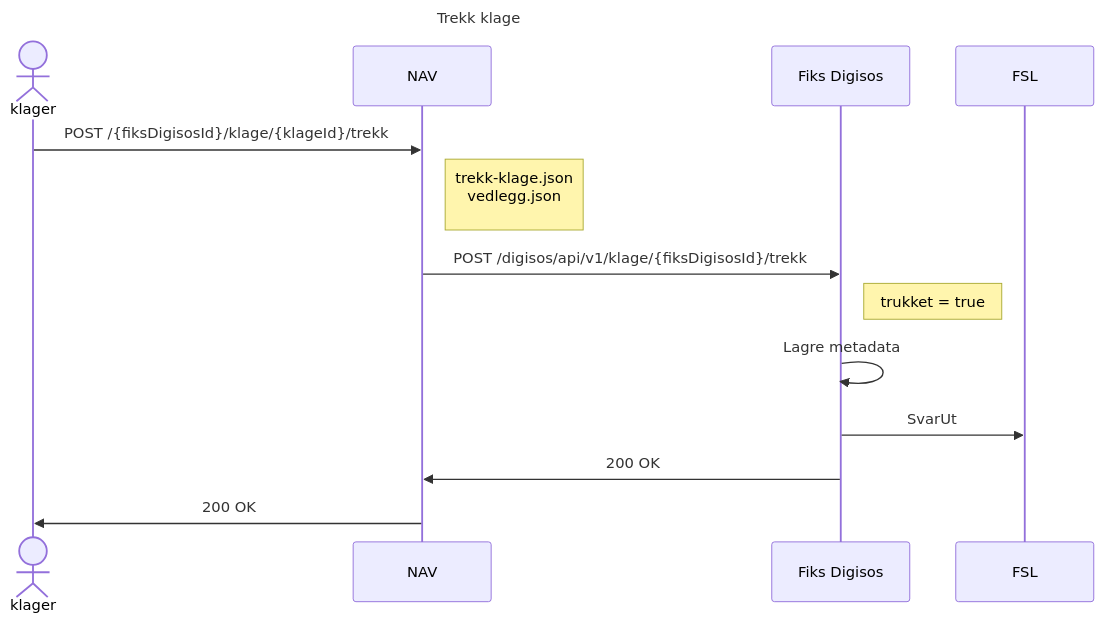
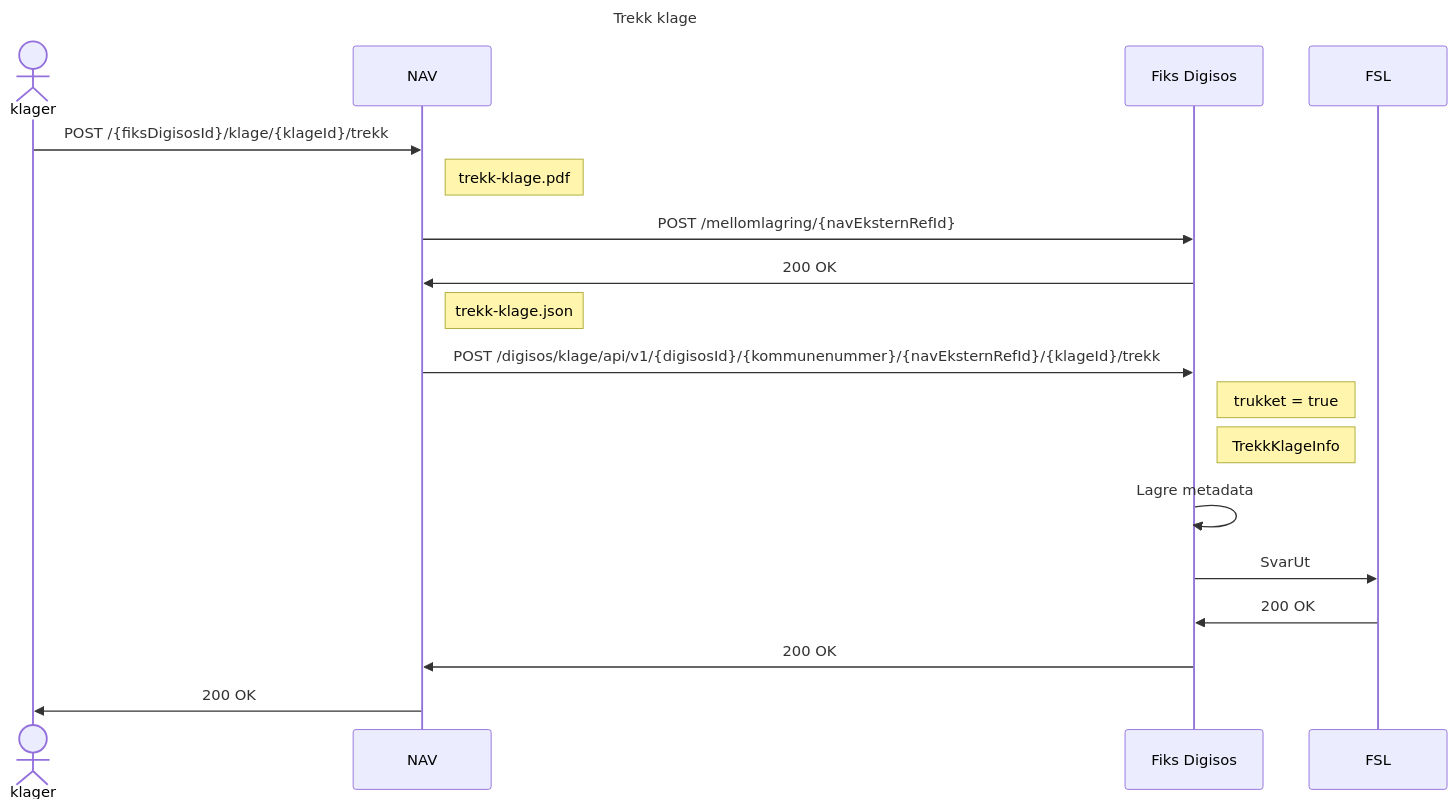
The fifth of 8 diagrams in klage-filformat.md (navikt/soknadsosialhjelp-filformat), drawn with Mermaid before and after one commit. The commit also changed other lines of this file, not shown here.

First line of the commit message:
Update klage-filformat.md

````diff
--- a/klage-filformat.md
+++ b/klage-filformat.md
@@ -64,17 +88,22 @@
 ```mermaid
 sequenceDiagram
     title Trekk klage
     actor klager
     participant NAV
     participant Fiks Digisos
     participant FSL
     
     klager->>NAV: POST /{fiksDigisosId}/klage/{klageId}/trekk
-    note right of NAV: trekk-klage.json<br/>vedlegg.json<br/> 
-    NAV->>Fiks Digisos: POST /digisos/api/v1/klage/{fiksDigisosId}/trekk
+    Note right of NAV: trekk-klage.pdf
+    NAV->>Fiks Digisos: POST /mellomlagring/{navEksternRefId}
+    Fiks Digisos->>NAV: 200 OK
+    note right of NAV: trekk-klage.json
+    NAV->>Fiks Digisos: POST /digisos/klage/api/v1/{digisosId}/{kommunenummer}/{navEksternRefId}/{klageId}/trekk
     note right of Fiks Digisos: trukket = true
+    note right of Fiks Digisos: TrekkKlageInfo
     Fiks Digisos->>Fiks Digisos: Lagre metadata
     Fiks Digisos->>FSL: SvarUt
+    FSL->>Fiks Digisos: 200 OK
     Fiks Digisos->>NAV: 200 OK
     NAV->>klager: 200 OK
 ```
````
